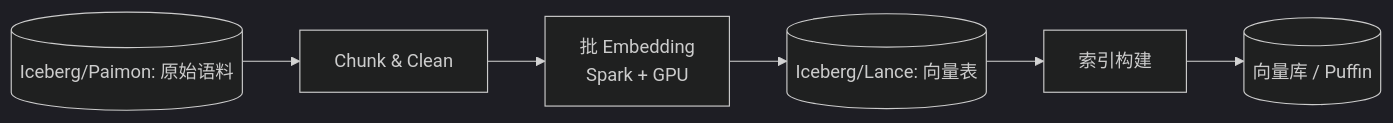
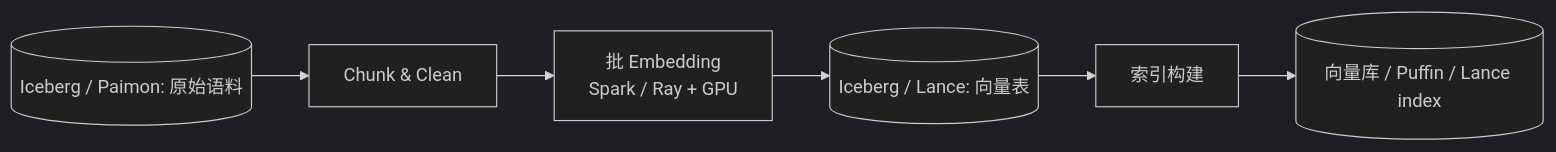
Before and after one commit to wangyong9999/lakehouse-wiki: the first of 2 diagrams in docs/ml-infra/embedding-pipelines.md, drawn with Mermaid (dark theme). The commit also changed other lines of this file and 2 other files, not shown here.

````diff
--- a/docs/ml-infra/embedding-pipelines.md
+++ b/docs/ml-infra/embedding-pipelines.md
@@ -20,8 +38,8 @@
 ```mermaid
 flowchart LR
-  src[(Iceberg/Paimon: 原始语料)] --> chunk[Chunk & Clean]
-  chunk --> embed[批 Embedding<br/>Spark + GPU]
-  embed --> vec[(Iceberg/Lance: 向量表)]
+  src[(Iceberg / Paimon: 原始语料)] --> chunk[Chunk & Clean]
+  chunk --> embed[批 Embedding<br/>Spark / Ray + GPU]
+  embed --> vec[(Iceberg / Lance: 向量表)]
   vec --> idx[索引构建]
-  idx --> online[(向量库 / Puffin)]
+  idx --> online[(向量库 / Puffin / Lance index)]
 ```
````
